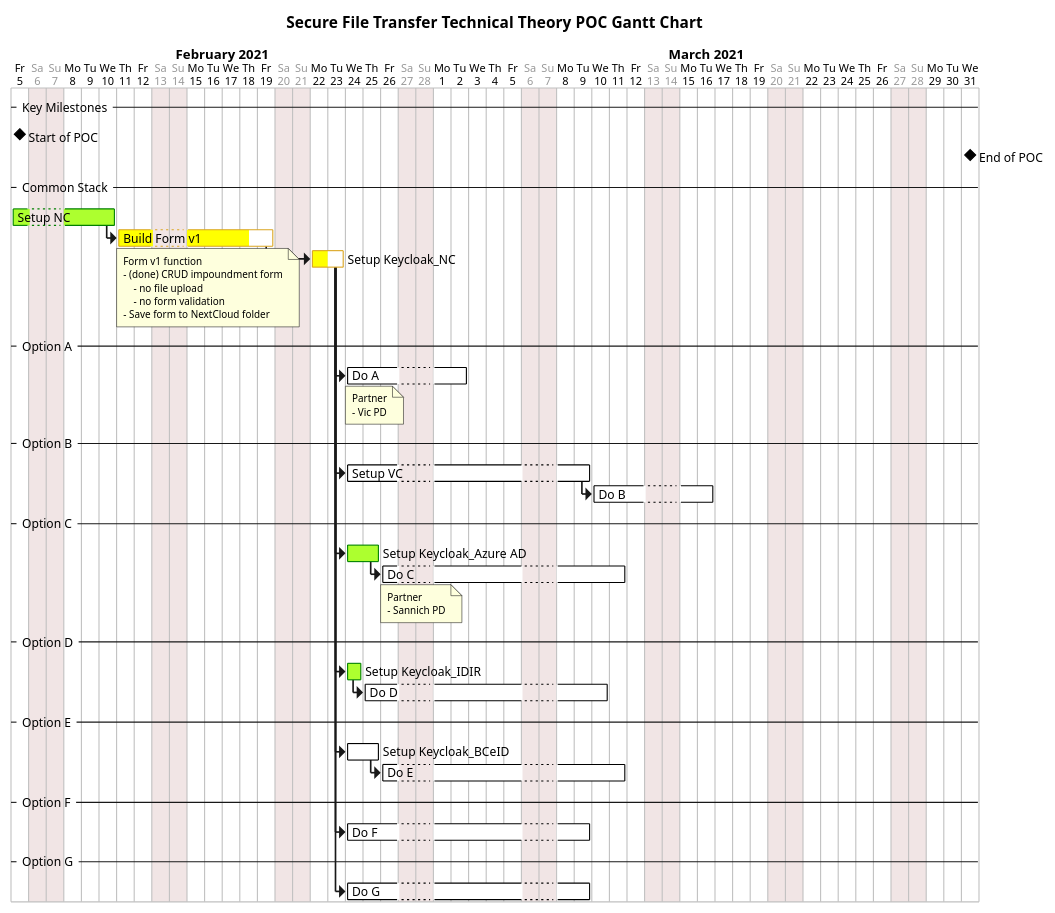
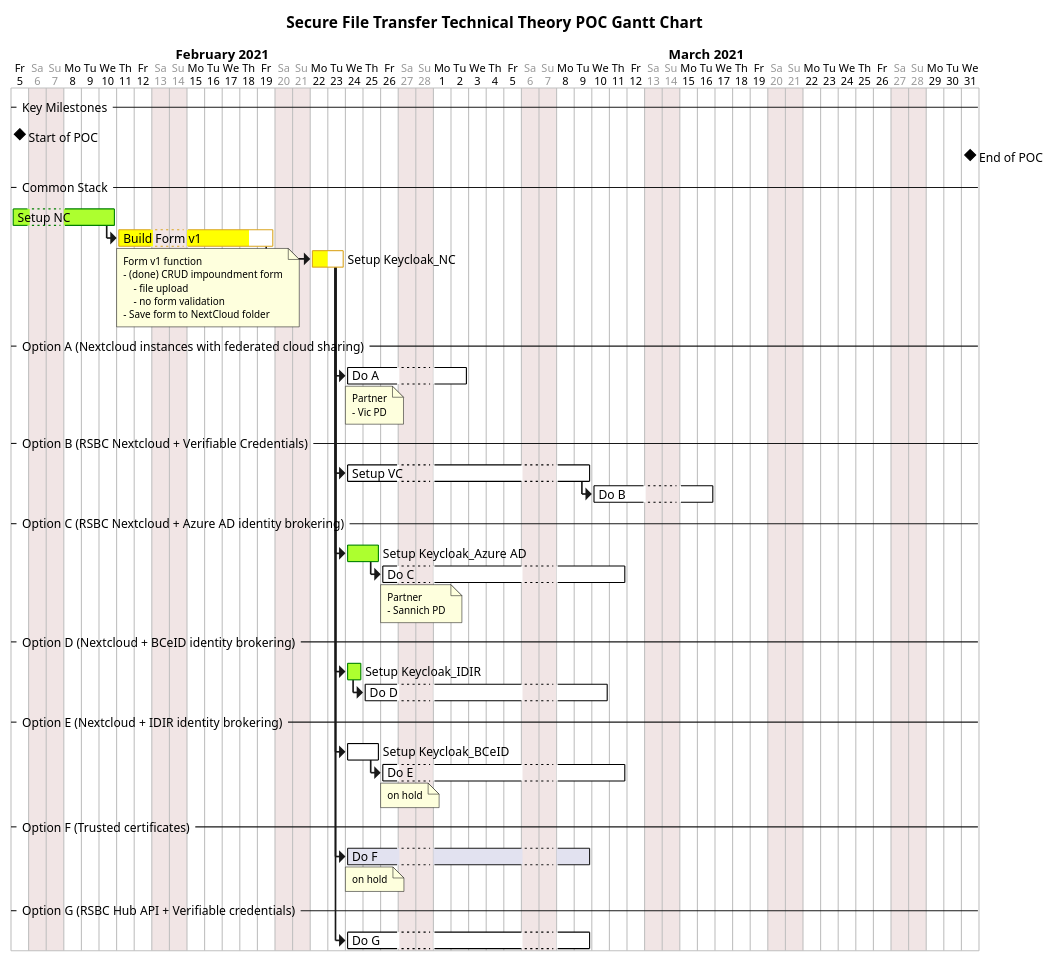
Before and after one commit to agahchen/notestutorial: the diagram in docs/gantt.plantuml, drawn with PlantUML.

Commit message:
update gantt chart

```diff
--- a/docs/gantt.plantuml
+++ b/docs/gantt.plantuml
@@ -1,81 +1,88 @@
 @startgantt
 hide footbox
 printscale daily
 saturday are closed
 sunday are closed
 title Secure File Transfer Technical Theory POC Gantt Chart
 Project starts 2021-02-05
 -- Key Milestones --
 [Start of POC] happens at 2021-02-05
 [End of POC] happens at 2021-03-31
 -- Common Stack --
 [Setup NC] is colored in GreenYellow/Green
 [Setup NC] starts at 2021-02-05
 [Setup NC] ends at 2021-02-10
 [Setup NC] -> [Build Form v1]
 [Build Form v1] ends at 2021-02-19
 note bottom
 'note left
 Form v1 function
 - (done) CRUD impoundment form
-    - no file upload
+    - file upload
     - no form validation
 - Save form to NextCloud folder
 end note
 [Build Form v1] is colored in Yellow/GoldenRod
 [Build Form v1] is 80% completed
 [Build Form v1] -> [Setup Keycloak_NC]
 [Setup Keycloak_NC] lasts 2 days
 [Setup Keycloak_NC] is 50% completed
 [Setup Keycloak_NC] is colored in Yellow/GoldenRod
 
--- Option A --
+-- Option A (Nextcloud instances with federated cloud sharing) --
 [Setup Keycloak_NC] -> [Do A]
 [Do A] lasts 1 week
 [Do A] is colored in White/Black
 note bottom
 'note left
 Partner
 - Vic PD
 end note
--- Option B --
+-- Option B (RSBC Nextcloud + Verifiable Credentials) --
 [Setup Keycloak_NC] -> [Setup VC]
 [Setup VC] lasts 2 weeks
 [Setup VC] is colored in White/Black
 [Setup VC] -> [Do B]
 [Do B] lasts 1 week
 [Do B] is colored in White/Black
--- Option C --
+-- Option C (RSBC Nextcloud + Azure AD identity brokering) --
 [Setup Keycloak_NC] -> [Setup Keycloak_Azure AD]
 [Setup Keycloak_Azure AD] is colored in GreenYellow/Green
 [Setup Keycloak_Azure AD] lasts 2 days
 [Setup Keycloak_Azure AD] -> [Do C]
 [Do C] lasts 2 weeks
 [Do C] is colored in White/Black
 note bottom
 'note left
 Partner
 - Sannich PD
 end note
--- Option D --
+-- Option D (Nextcloud + BCeID identity brokering) --
 [Setup Keycloak_NC] -> [Setup Keycloak_IDIR]
 [Setup Keycloak_IDIR] is colored in GreenYellow/Green
 [Setup Keycloak_IDIR] -> [Do D]
 [Do D] lasts 2 weeks
 [Do D] is colored in White/Black
--- Option E --
+-- Option E (Nextcloud + IDIR identity brokering) --
 [Setup Keycloak_NC] -> [Setup Keycloak_BCeID]
 [Setup Keycloak_BCeID] lasts 2 days
 [Setup Keycloak_BCeID] is colored in White/Black
 [Setup Keycloak_BCeID] -> [Do E]
 [Do E] lasts 2 weeks
 [Do E] is colored in White/Black
--- Option F --
+note bottom
+'note left
+on hold
+end note
+-- Option F (Trusted certificates) --
 [Setup Keycloak_NC] -> [Do F]
 [Do F] lasts 2 weeks
-[Do F] is colored in White/Black
--- Option G --
+note bottom
+'note left
+on hold
+end note
+-- Option G (RSBC Hub API + Verifiable credentials) --
 [Setup Keycloak_NC] -> [Do G]
 [Do G] lasts 2 weeks
 [Do G] is colored in White/Black
 @endgantt
```
